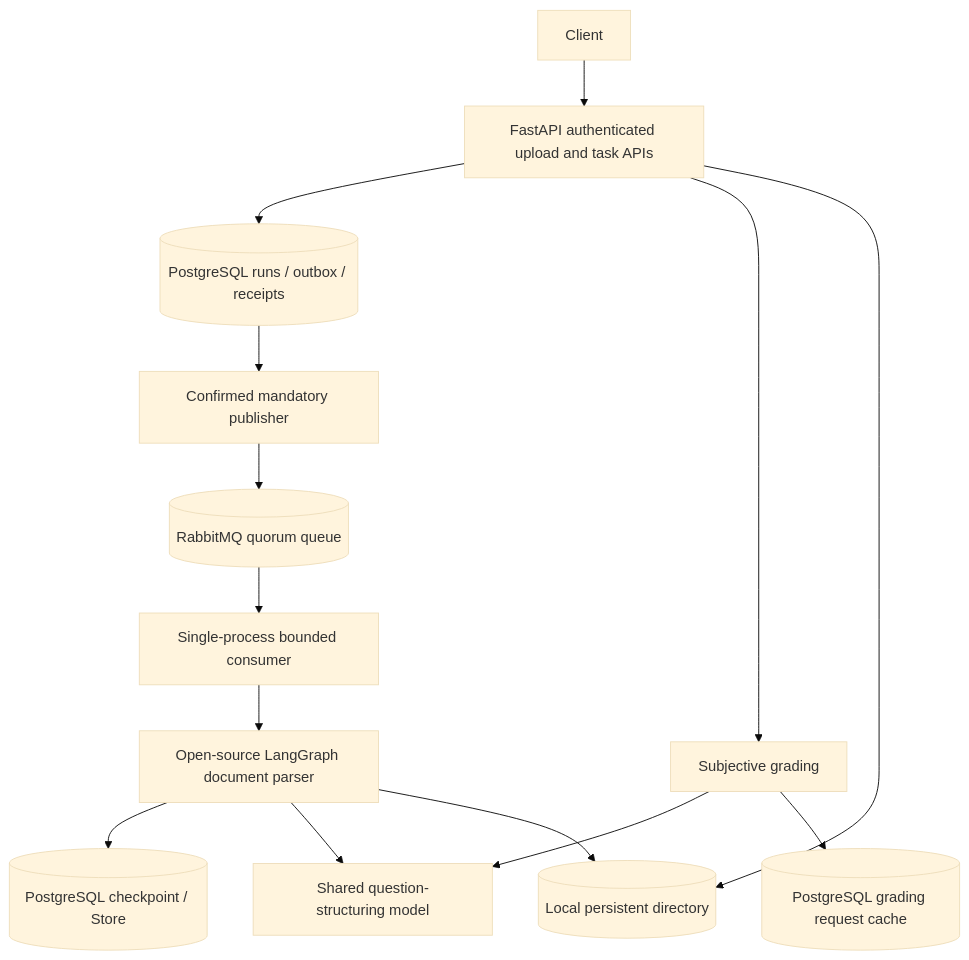
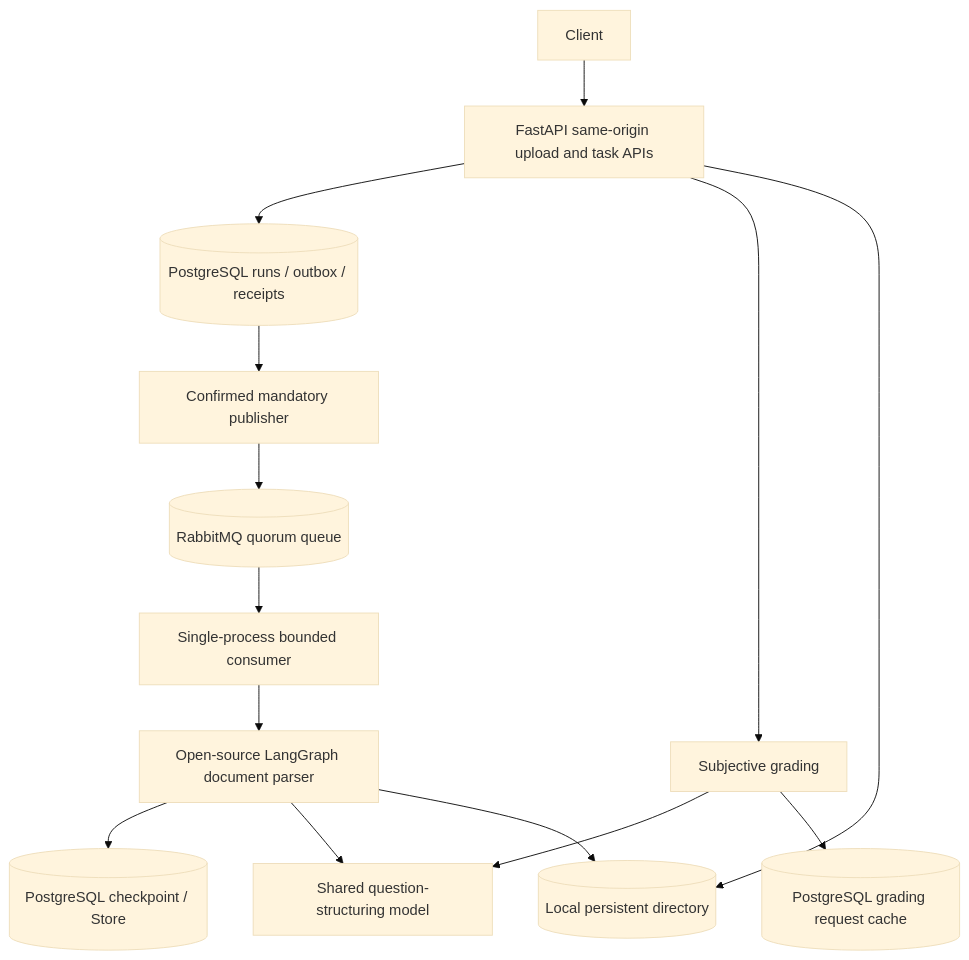
Before and after one commit to shenyankm/PractiQ: the diagram in server/docs/service-guide.md, drawn with Mermaid (base theme). The commit also changed other lines of this file and 78 other files, not shown here.

````diff
--- a/server/docs/service-guide.md
+++ b/server/docs/service-guide.md
@@ -238,16 +238,16 @@
 ```mermaid
 graph TD
-    Client[Client] --> API[FastAPI authenticated upload and task APIs]
+    Client[Client] --> API[FastAPI same-origin upload and task APIs]
     API --> DB[(PostgreSQL runs / outbox / receipts)]
     DB --> Publisher[Confirmed mandatory publisher]
     Publisher --> MQ[(RabbitMQ quorum queue)]
     MQ --> Runner[Single-process bounded consumer]
     Runner --> Graph[Open-source LangGraph document parser]
     Graph --> State[(PostgreSQL checkpoint / Store)]
     Graph --> Model[Shared question-structuring model]
     API --> Grading[Subjective grading]
     Grading --> Model
     Grading --> Grades[(PostgreSQL grading request cache)]
     API --> Files[(Local persistent directory)]
     Graph --> Files
 ```
````
